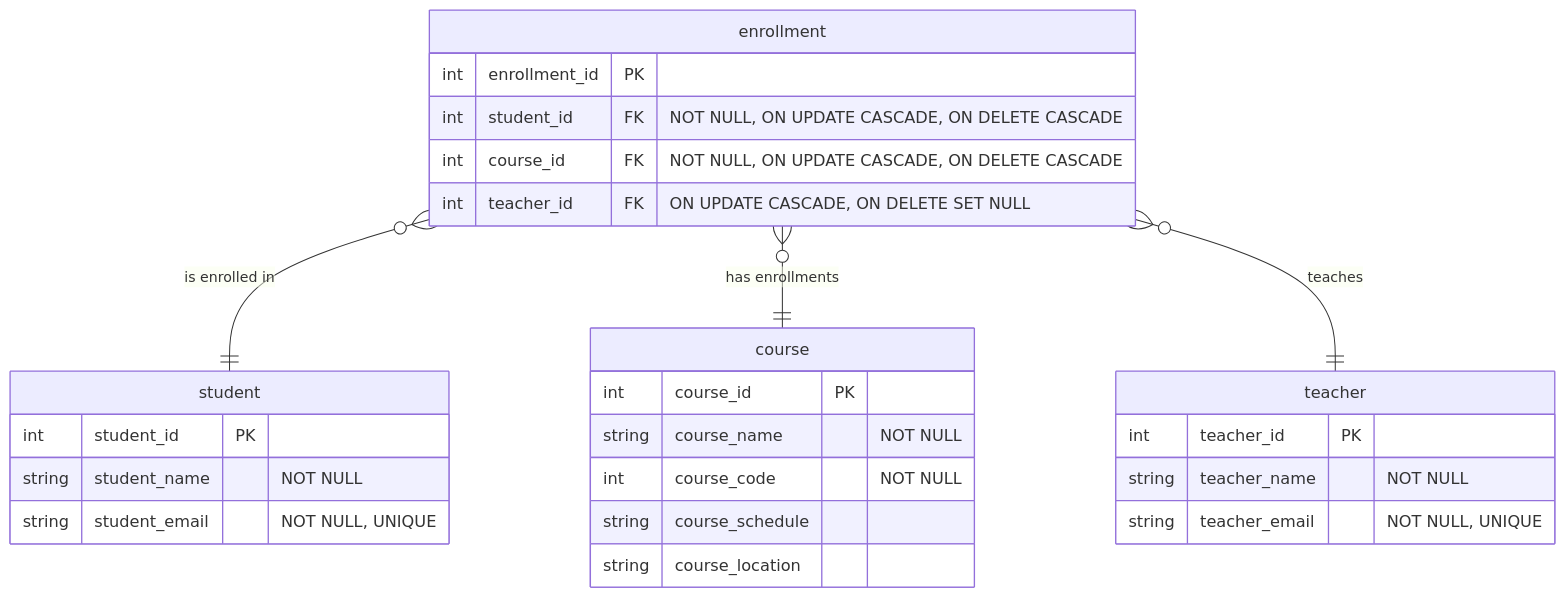
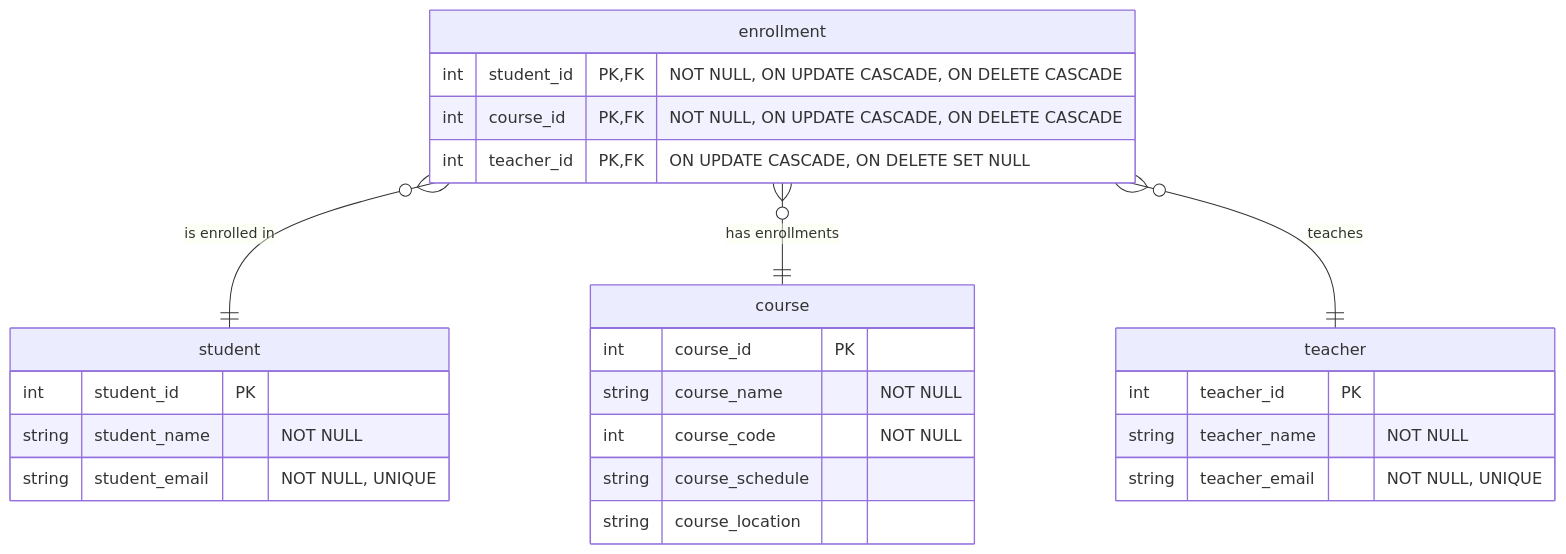
The diagram in activities/week5/5-3-studentdb-normalised-structure.md (nicholsons/comp0035-2024-tutorials), drawn with Mermaid before and after one commit. The commit also changed other lines of this file and 16 other files, not shown here.

````diff
--- a/activities/week5/5-3-studentdb-normalised-structure.md
+++ b/activities/week5/5-3-studentdb-normalised-structure.md
@@ -9,31 +9,30 @@
 ```mermaid
 erDiagram
     teacher {
         int teacher_id PK
         string teacher_name "NOT NULL"
         string teacher_email "NOT NULL, UNIQUE"
     }
     student {
         int student_id PK
         string student_name "NOT NULL"
         string student_email "NOT NULL, UNIQUE"
     }
     course {
         int course_id PK
         string course_name "NOT NULL"
         int course_code "NOT NULL"
         string course_schedule
         string course_location
     }
 
     enrollment {
-        int enrollment_id PK
-        int student_id FK "NOT NULL, ON UPDATE CASCADE, ON DELETE CASCADE"
-        int course_id FK "NOT NULL, ON UPDATE CASCADE, ON DELETE CASCADE"
-        int teacher_id FK "ON UPDATE CASCADE, ON DELETE SET NULL"
+        int student_id PK, FK "NOT NULL, ON UPDATE CASCADE, ON DELETE CASCADE"
+        int course_id PK, FK "NOT NULL, ON UPDATE CASCADE, ON DELETE CASCADE"
+        int teacher_id PK, FK "ON UPDATE CASCADE, ON DELETE SET NULL"
     }
 
     enrollment }o--|| student: "is enrolled in"
     enrollment }o--|| course: "has enrollments"
     enrollment }o--|| teacher: "teaches"
 ```
````
